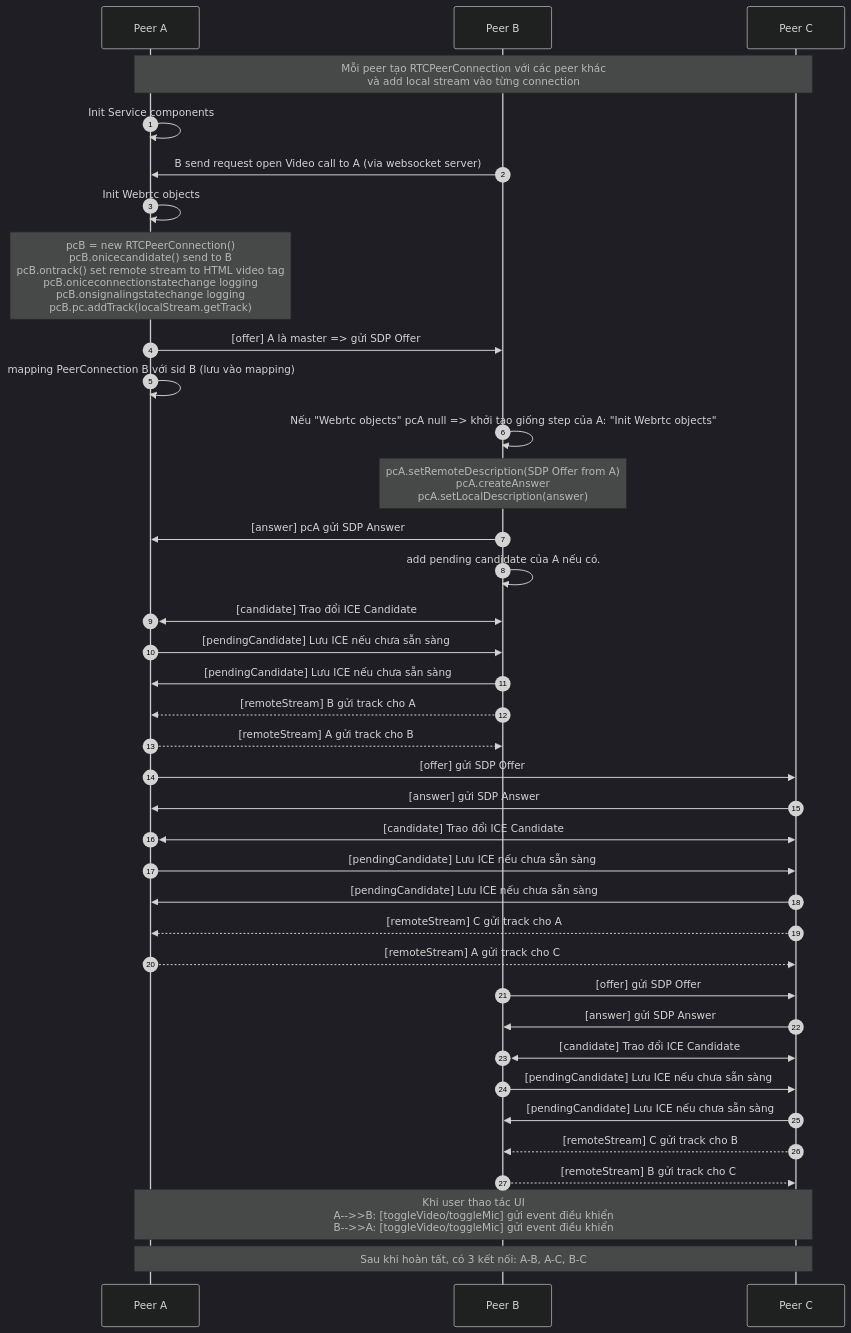
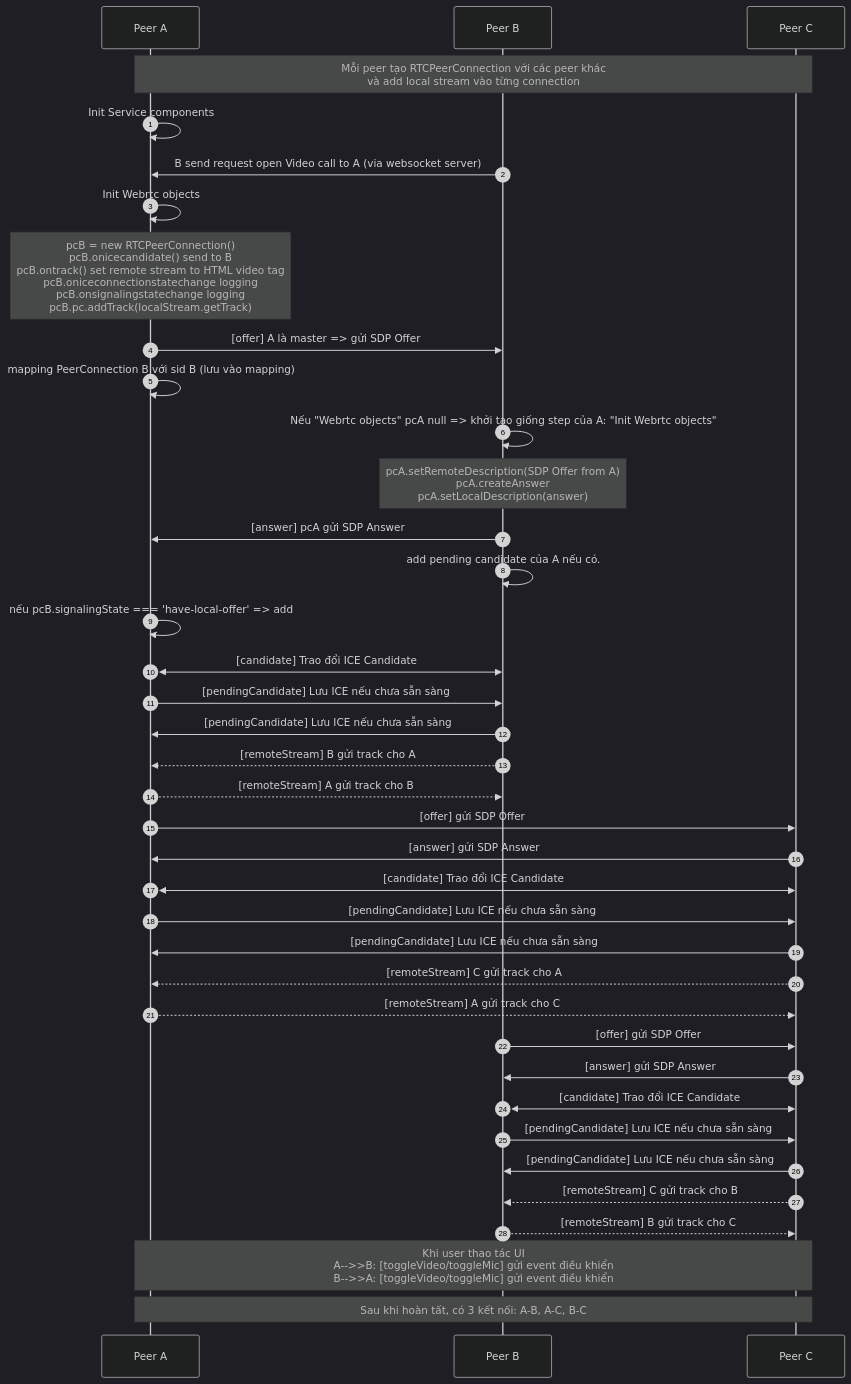
One commit to uav-project-com/go-webrtc-signal-server changed the fourth of 4 diagrams in ui/webrtc-common/README.md. Above: the diagram before and after it, drawn with Mermaid (dark theme). The commit also changed 11 other files, not shown here.

````diff
--- a/ui/webrtc-common/README.md
+++ b/ui/webrtc-common/README.md
@@ -270,48 +270,50 @@
 ```mermaid
 sequenceDiagram
     autonumber
     participant A as Peer A
     participant B as Peer B
     participant C as Peer C
 
     Note over A,C: Mỗi peer tạo RTCPeerConnection với các peer khác<br/>và add local stream vào từng connection
 
     %% A tạo kết nối với B và C
     A->>A: Init Service components
     B->>A: B send request open Video call to A (via websocket server)
     A->>A: Init Webrtc objects
     Note over A: pcB = new RTCPeerConnection() <br> pcB.onicecandidate() send to B <br> pcB.ontrack() set remote stream to HTML video tag <br> pcB.oniceconnectionstatechange logging <br> pcB.onsignalingstatechange logging <br> pcB.pc.addTrack(localStream.getTrack)
     A->>B: [offer] A là master => gửi SDP Offer
     A->>A: mapping PeerConnection B với sid B (lưu vào mapping)
 
     B->>B: Nếu "Webrtc objects" pcA null => khởi tạo giống step của A: "Init Webrtc objects"
     Note over B: pcA.setRemoteDescription(SDP Offer from A) <br> pcA.createAnswer <br> pcA.setLocalDescription(answer)
     B->>A: [answer] pcA gửi SDP Answer
     B->>B: add pending candidate của A nếu có.
-    
+
+    A->>A: nếu pcB.signalingState === 'have-local-offer' => add 
+
     A<<->>B: [candidate] Trao đổi ICE Candidate
     A->>B: [pendingCandidate] Lưu ICE nếu chưa sẵn sàng
     B->>A: [pendingCandidate] Lưu ICE nếu chưa sẵn sàng
     B-->>A: [remoteStream] B gửi track cho A
     A-->>B: [remoteStream] A gửi track cho B
 
     A->>C: [offer] gửi SDP Offer
     C->>A: [answer] gửi SDP Answer
     A<<->>C: [candidate] Trao đổi ICE Candidate
     A->>C: [pendingCandidate] Lưu ICE nếu chưa sẵn sàng
     C->>A: [pendingCandidate] Lưu ICE nếu chưa sẵn sàng
     C-->>A: [remoteStream] C gửi track cho A
     A-->>C: [remoteStream] A gửi track cho C
 
     %% B tạo kết nối với C
     B->>C: [offer] gửi SDP Offer
     C->>B: [answer] gửi SDP Answer
     B<<->>C: [candidate] Trao đổi ICE Candidate
     B->>C: [pendingCandidate] Lưu ICE nếu chưa sẵn sàng
     C->>B: [pendingCandidate] Lưu ICE nếu chưa sẵn sàng
     C-->>B: [remoteStream] C gửi track cho B
     B-->>C: [remoteStream] B gửi track cho C
 
     Note over A,C: Khi user thao tác UI<br/>A-->>B: [toggleVideo/toggleMic] gửi event điều khiển<br/>B-->>A: [toggleVideo/toggleMic] gửi event điều khiển
     Note over A,C: Sau khi hoàn tất, có 3 kết nối: A-B, A-C, B-C
 ```
````
